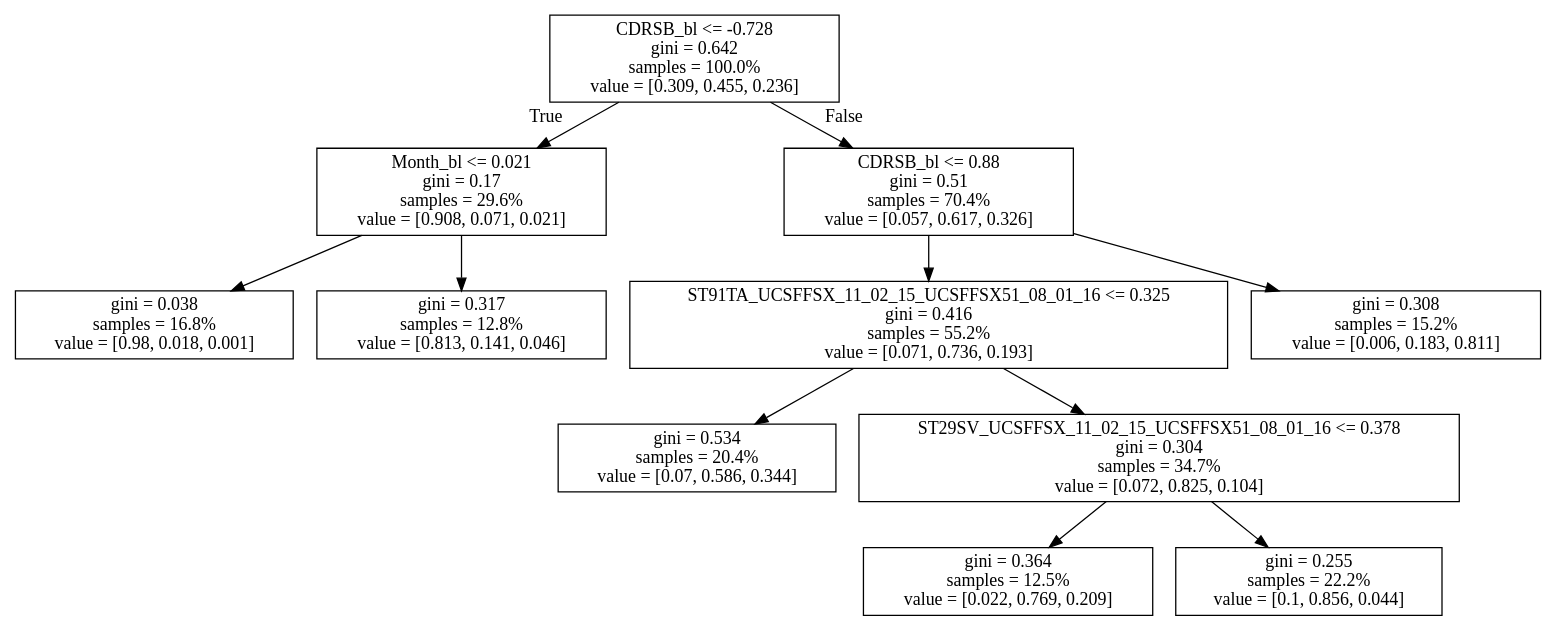
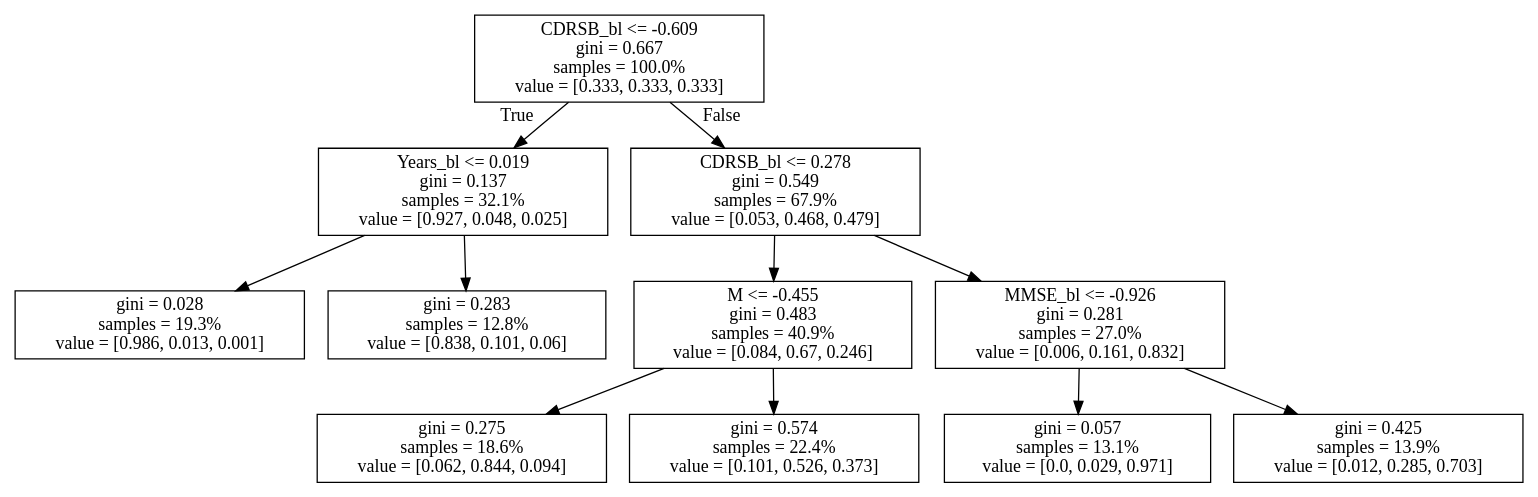
Before and after one commit to ibrahim85/ad_ncirl: the diagram in tree_full_features.dot, drawn with Graphviz. The commit also changed 14 other files, not shown here.

```diff
--- a/tree_full_features.dot
+++ b/tree_full_features.dot
@@ -1,24 +1,24 @@
 digraph Tree {
 node [shape=box] ;
-0 [label="CDRSB_bl <= -0.728\ngini = 0.642\nsamples = 100.0%\nvalue = [0.309, 0.455, 0.236]"] ;
-1 [label="Month_bl <= 0.021\ngini = 0.17\nsamples = 29.6%\nvalue = [0.908, 0.071, 0.021]"] ;
+0 [label="CDRSB_bl <= -0.609\ngini = 0.667\nsamples = 100.0%\nvalue = [0.333, 0.333, 0.333]"] ;
+1 [label="Years_bl <= 0.019\ngini = 0.137\nsamples = 32.1%\nvalue = [0.927, 0.048, 0.025]"] ;
 0 -> 1 [labeldistance=2.5, labelangle=45, headlabel="True"] ;
-2 [label="gini = 0.038\nsamples = 16.8%\nvalue = [0.98, 0.018, 0.001]"] ;
+2 [label="gini = 0.028\nsamples = 19.3%\nvalue = [0.986, 0.013, 0.001]"] ;
 1 -> 2 ;
-3 [label="gini = 0.317\nsamples = 12.8%\nvalue = [0.813, 0.141, 0.046]"] ;
+3 [label="gini = 0.283\nsamples = 12.8%\nvalue = [0.838, 0.101, 0.06]"] ;
 1 -> 3 ;
-4 [label="CDRSB_bl <= 0.88\ngini = 0.51\nsamples = 70.4%\nvalue = [0.057, 0.617, 0.326]"] ;
+4 [label="CDRSB_bl <= 0.278\ngini = 0.549\nsamples = 67.9%\nvalue = [0.053, 0.468, 0.479]"] ;
 0 -> 4 [labeldistance=2.5, labelangle=-45, headlabel="False"] ;
-5 [label="ST91TA_UCSFFSX_11_02_15_UCSFFSX51_08_01_16 <= 0.325\ngini = 0.416\nsamples = 55.2%\nvalue = [0.071, 0.736, 0.193]"] ;
+5 [label="M <= -0.455\ngini = 0.483\nsamples = 40.9%\nvalue = [0.084, 0.67, 0.246]"] ;
 4 -> 5 ;
-6 [label="gini = 0.534\nsamples = 20.4%\nvalue = [0.07, 0.586, 0.344]"] ;
+6 [label="gini = 0.275\nsamples = 18.6%\nvalue = [0.062, 0.844, 0.094]"] ;
 5 -> 6 ;
-7 [label="ST29SV_UCSFFSX_11_02_15_UCSFFSX51_08_01_16 <= 0.378\ngini = 0.304\nsamples = 34.7%\nvalue = [0.072, 0.825, 0.104]"] ;
+7 [label="gini = 0.574\nsamples = 22.4%\nvalue = [0.101, 0.526, 0.373]"] ;
 5 -> 7 ;
-8 [label="gini = 0.364\nsamples = 12.5%\nvalue = [0.022, 0.769, 0.209]"] ;
-7 -> 8 ;
-9 [label="gini = 0.255\nsamples = 22.2%\nvalue = [0.1, 0.856, 0.044]"] ;
-7 -> 9 ;
-10 [label="gini = 0.308\nsamples = 15.2%\nvalue = [0.006, 0.183, 0.811]"] ;
-4 -> 10 ;
+8 [label="MMSE_bl <= -0.926\ngini = 0.281\nsamples = 27.0%\nvalue = [0.006, 0.161, 0.832]"] ;
+4 -> 8 ;
+9 [label="gini = 0.057\nsamples = 13.1%\nvalue = [0.0, 0.029, 0.971]"] ;
+8 -> 9 ;
+10 [label="gini = 0.425\nsamples = 13.9%\nvalue = [0.012, 0.285, 0.703]"] ;
+8 -> 10 ;
 }
```
